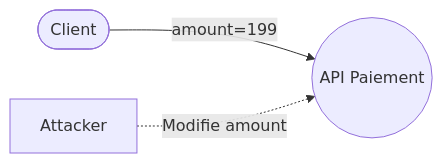
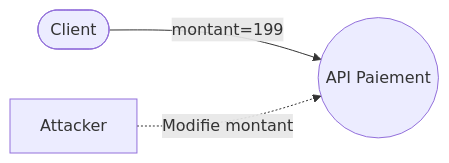
One commit to ophenix-maisonneuve/420-950-ma-site-web changed the third of 3 diagrams in _notes/stride/menaces/stride-tampering.md. Above: the diagram before and after it, drawn with Mermaid. The commit also changed other lines of this file, not shown here.

Commit message:
publication notes modélisation menace

````diff
--- a/_notes/stride/menaces/stride-tampering.md
+++ b/_notes/stride/menaces/stride-tampering.md
@@ -136,5 +136,5 @@
 ```mermaid
 flowchart LR
-    Client([Client]) -->|amount=199| API((API Paiement))
-    Attacker -. Modifie amount .-> API
+    Client([Client]) -->|montant=199| API((API Paiement))
+    Attacker -. Modifie montant .-> API
 ```
````
